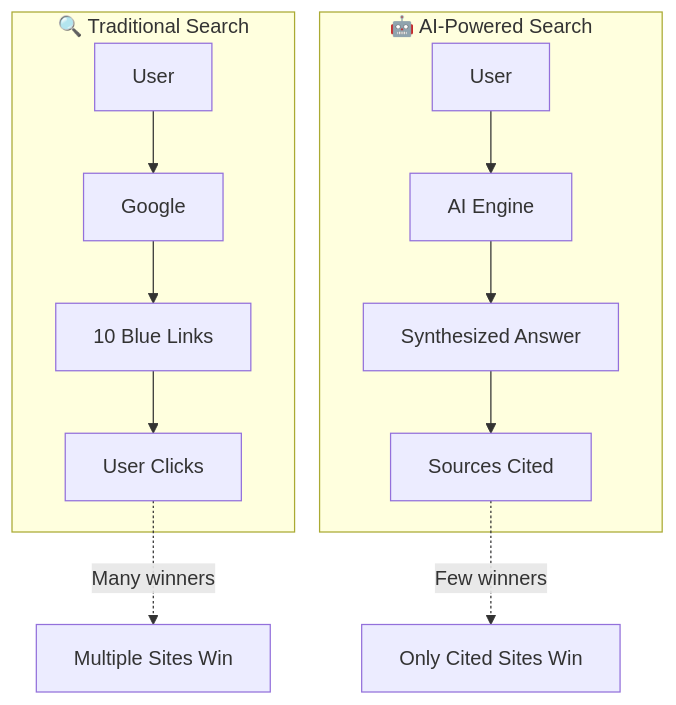
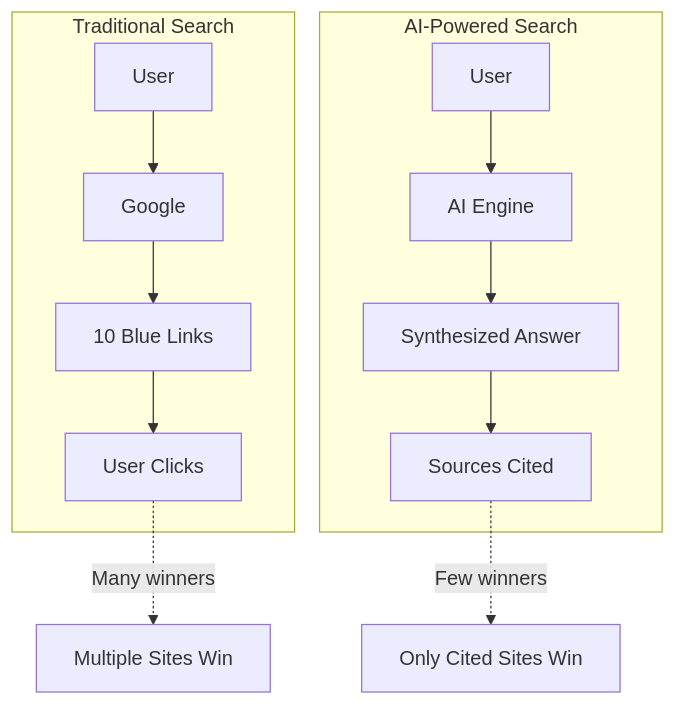
The first of 6 diagrams in _posts/2026-01-03-generative-engine-optimization-geo.md (ajing/ajing.github.io), drawn with Mermaid before and after one commit. The commit also changed other lines of this file, not shown here.

Commit message:
Fix diagram labels (remove emojis) and improve code block syntax highlighting

```diff
--- a/_posts/2026-01-03-generative-engine-optimization-geo.md
+++ b/_posts/2026-01-03-generative-engine-optimization-geo.md
@@ -18,13 +18,13 @@
 <div class="mermaid">
 flowchart TB
-    subgraph Traditional["🔍 Traditional Search"]
+    subgraph Traditional["Traditional Search"]
         U1[User] --> G[Google] --> L[10 Blue Links] --> C[User Clicks]
     end
     
-    subgraph AI["🤖 AI-Powered Search"]
+    subgraph AI["AI-Powered Search"]
         U2[User] --> A[AI Engine] --> S[Synthesized Answer] --> CI[Sources Cited]
     end
     
     C -.->|"Many winners"| W1[Multiple Sites Win]
     CI -.->|"Few winners"| W2[Only Cited Sites Win]
 </div>
```
